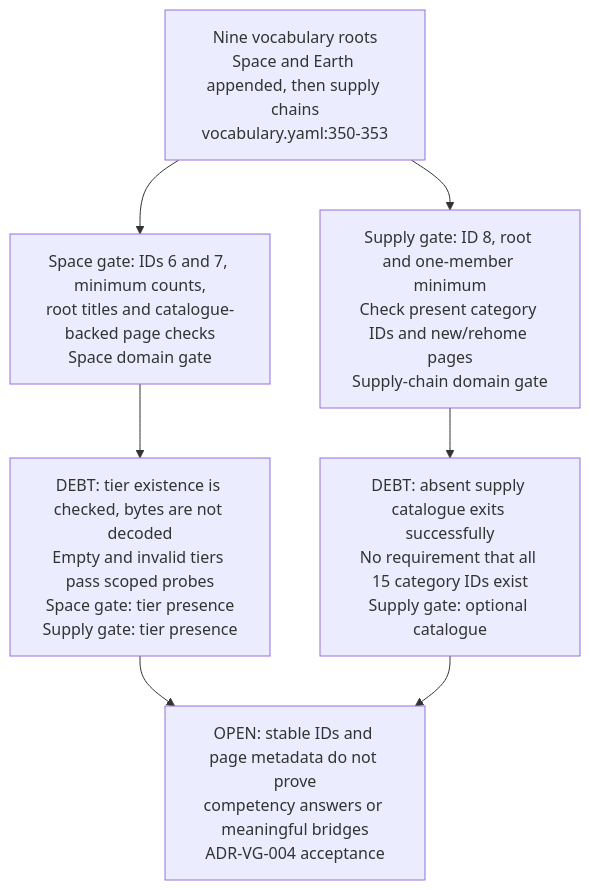
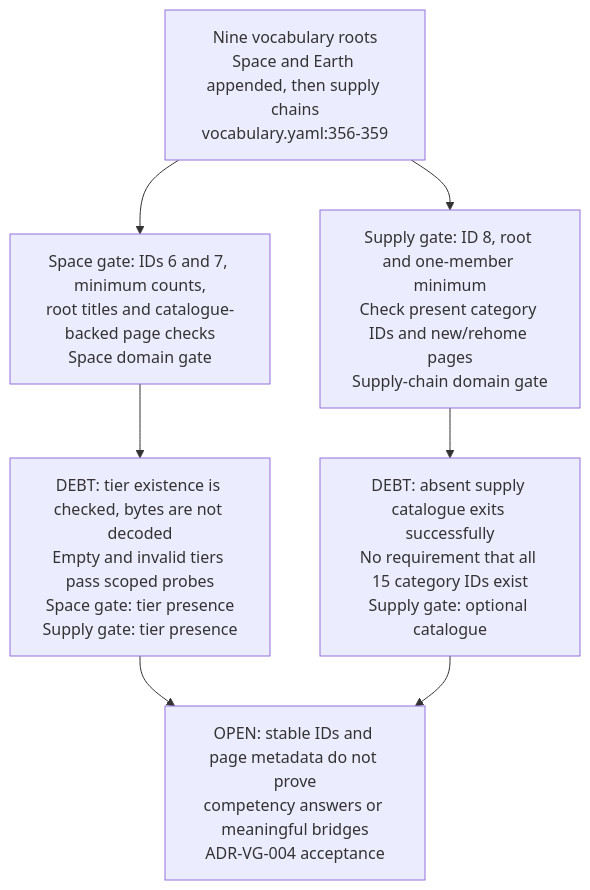
The sixth of 6 diagrams in docs/diagrams/visiongraph/01-vault-structure-and-contract.md (DreamLab-AI/VisionFlow), drawn with Mermaid before and after one commit. The commit also changed other lines of this file and 49 other files, not shown here.

First line of the commit message:
docs(diagrams): re-derive and re-stamp VisionClaw, estate, knowledge-graph, visionGraph, VisionFlow and sidestr topics

````diff
--- a/docs/diagrams/visiongraph/01-vault-structure-and-contract.md
+++ b/docs/diagrams/visiongraph/01-vault-structure-and-contract.md
@@ -131,18 +131,18 @@
 ```mermaid
 flowchart TB
-    ROOTS["Nine vocabulary roots<br/>Space and Earth appended, then supply chains<br/>vocabulary.yaml:350-353"]
+    ROOTS["Nine vocabulary roots<br/>Space and Earth appended, then supply chains<br/>vocabulary.yaml:356-359"]
     %% Source: check-space-domains.mjs:14-35,40-75
     SPACE["Space gate: IDs 6 and 7, minimum counts,<br/>root titles and catalogue-backed page checks<br/>Space domain gate"]
     %% Source: check-supply-chain-domain.mjs:31-46,62-77
     SUP["Supply gate: ID 8, root and one-member minimum<br/>Check present category IDs and new/rehome pages<br/>Supply-chain domain gate"]
     %% Source: check-space-domains.mjs:25, check-supply-chain-domain.mjs:36
     TIERS["DEBT: tier existence is checked, bytes are not decoded<br/>Empty and invalid tiers pass scoped probes<br/>Space gate: tier presence<br/>Supply gate: tier presence"]
     %% Source: check-supply-chain-domain.mjs:42-54
     SKIP["DEBT: absent supply catalogue exits successfully<br/>No requirement that all 15 category IDs exist<br/>Supply gate: optional catalogue"]
     ROOTS --> SPACE --> TIERS
     ROOTS --> SUP --> SKIP
     %% Source: ADR-VG-004-space-and-earth-domains.md:43-44
     NOTE["OPEN: stable IDs and page metadata do not prove<br/>competency answers or meaningful bridges<br/>ADR-VG-004 acceptance"]
     TIERS --> NOTE
     SKIP --> NOTE
 ```
````
